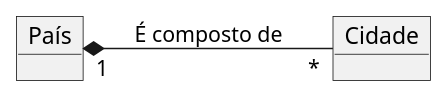
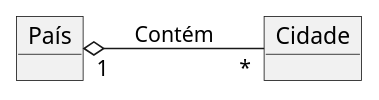
Before and after one commit to kyriosdata/oo: the diagram in Imagens/modelos-01/imagem-05/mod01ima05.plantuml, drawn with PlantUML. The commit also changed 13 other files, not shown here.

```diff
--- a/Imagens/modelos-01/imagem-05/mod01ima05.plantuml
+++ b/Imagens/modelos-01/imagem-05/mod01ima05.plantuml
@@ -1,7 +1,6 @@
 @startuml mod01ima05
 object "País" as pa
 object "Cidade" as ci
-
 left to right direction
-pa"1" *-- "*"ci: "É composto de"
+pa"1" o-- "*"ci: "Contém"
 @enduml
```
